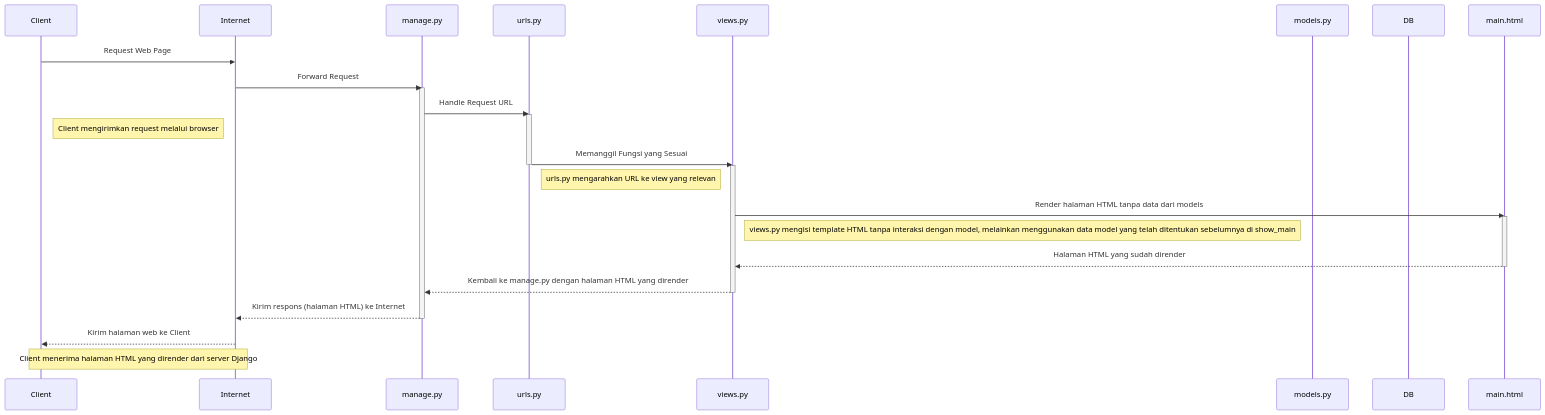
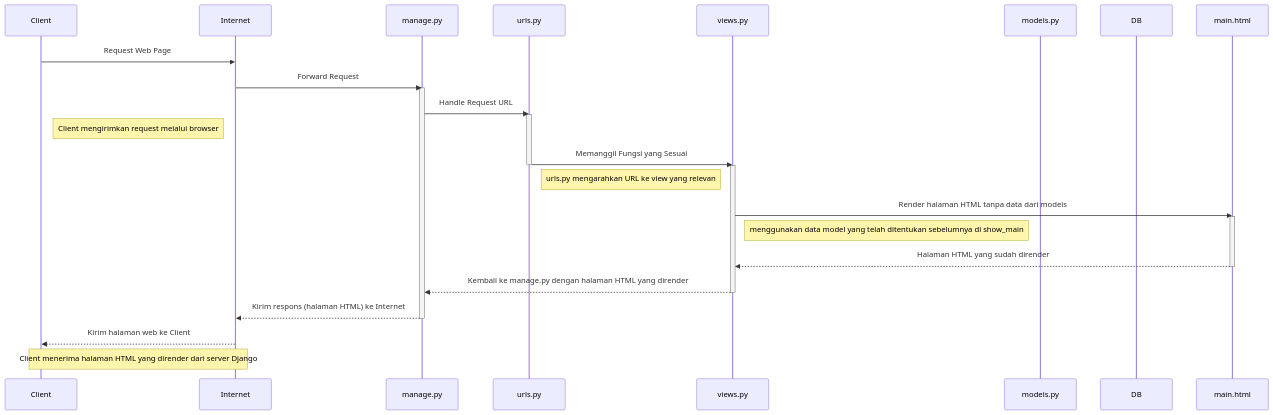
Before and after one commit to gilbertkristiaan/wearwise: the diagram in README.md, drawn with Mermaid.

Commit message:
tugas 2 pbp selesai

````diff
--- a/README.md
+++ b/README.md
@@ -105,47 +105,47 @@
 ```mermaid
 sequenceDiagram
       participant Client
       participant Internet
       participant manage.py
       participant urls.py
       participant views.py
       participant models.py
       participant DB
       participant main.html
 
       Client->>Internet: Request Web Page
       Internet->>manage.py: Forward Request
       activate manage.py
 
       manage.py->>urls.py: Handle Request URL
       activate urls.py
 
       Note right of Client: Client mengirimkan request melalui browser
 
       urls.py->>views.py: Memanggil Fungsi yang Sesuai
       deactivate urls.py
       activate views.py
 
       Note right of urls.py: urls.py mengarahkan URL ke view yang relevan
 
       %% models.py belum dipanggil karena belum diimplementasikan
 
       views.py->>main.html: Render halaman HTML tanpa data dari models
       activate main.html
 
-      Note right of views.py: views.py mengisi template HTML tanpa interaksi dengan model, melainkan menggunakan data model yang telah ditentukan sebelumnya di show_main
+      Note right of views.py: menggunakan data model yang telah ditentukan sebelumnya di show_main
 
       main.html-->>views.py: Halaman HTML yang sudah dirender
       deactivate main.html
 
       views.py-->>manage.py: Kembali ke manage.py dengan halaman HTML yang dirender
       deactivate views.py
 
       manage.py-->>Internet: Kirim respons (halaman HTML) ke Internet
       deactivate manage.py
 
       Internet-->>Client: Kirim halaman web ke Client
 
       Note over Client,Internet: Client menerima halaman HTML yang dirender dari server Django
 
 ```
````
